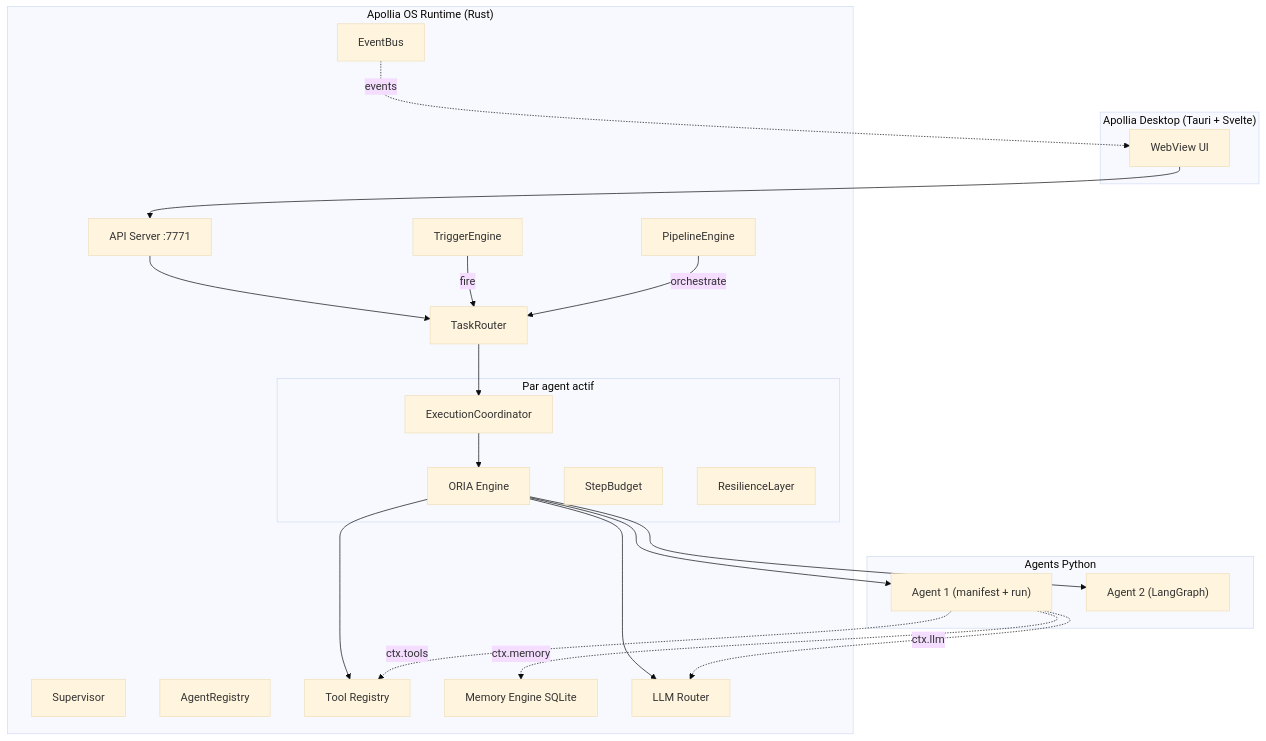
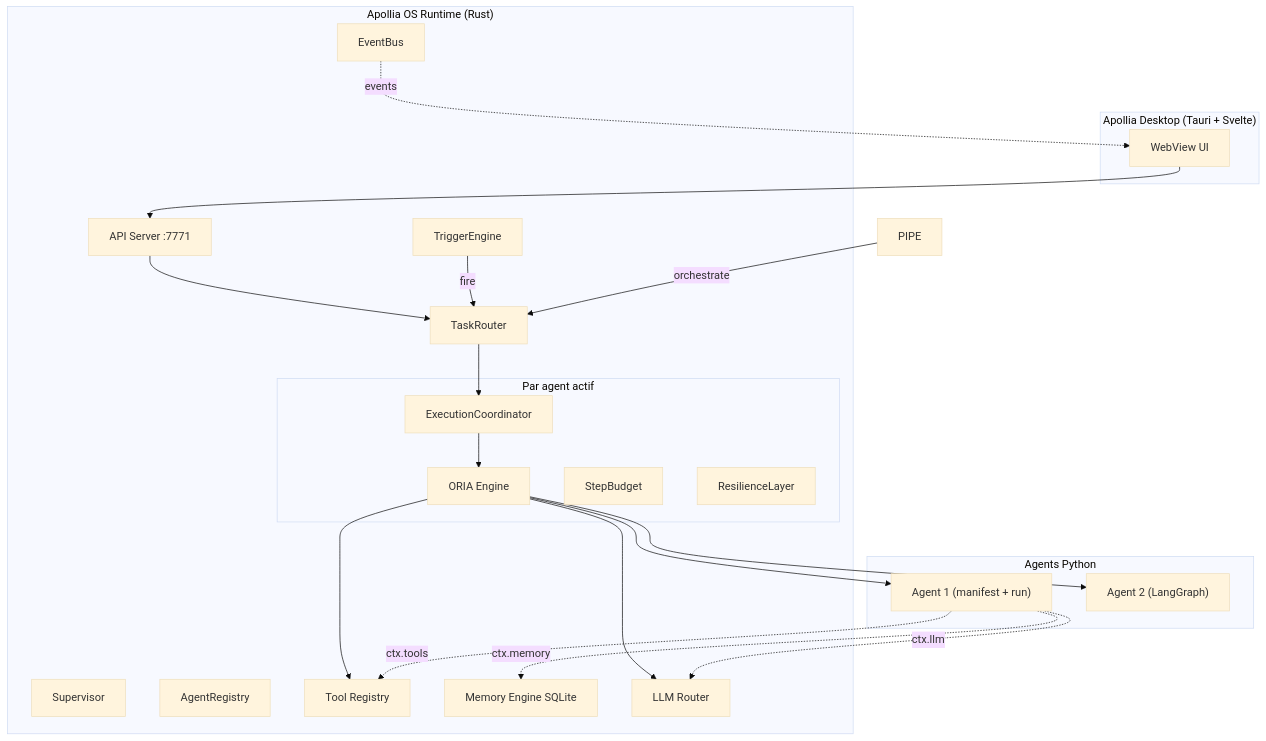
The diagram in docs/wiki/Architecture-Vue-Ensemble.md (nidal-z/apollia-os), drawn with Mermaid (base theme) before and after one commit. The commit also changed 38 other files, not shown here.

````diff
--- a/docs/wiki/Architecture-Vue-Ensemble.md
+++ b/docs/wiki/Architecture-Vue-Ensemble.md
@@ -14,47 +14,46 @@
 ```mermaid
 graph TB
     subgraph Desktop["Apollia Desktop (Tauri + Svelte)"]
         UI[WebView UI]
     end
 
     subgraph Runtime["Apollia OS Runtime (Rust)"]
         API[API Server :7771]
         SUP[Supervisor]
         EB[EventBus]
         AR[AgentRegistry]
         TR[TaskRouter]
 
         subgraph Execution["Par agent actif"]
             EC[ExecutionCoordinator]
             ORIA[ORIA Engine]
             SB[StepBudget]
             RL[ResilienceLayer]
         end
 
         TOOLS[Tool Registry]
         MEM[Memory Engine SQLite]
         LLM[LLM Router]
         TRIG[TriggerEngine]
-        PIPE[PipelineEngine]
     end
 
     subgraph Agents["Agents Python"]
         A1["Agent 1 (manifest + run)"]
         A2["Agent 2 (LangGraph)"]
     end
 
     UI --> API
     API --> TR
     TR --> EC
     EC --> ORIA
     ORIA --> A1
     ORIA --> A2
     ORIA --> TOOLS
     ORIA --> LLM
     A1 -.->|ctx.tools| TOOLS
     A1 -.->|ctx.memory| MEM
     A1 -.->|ctx.llm| LLM
     EB -.->|events| UI
     TRIG -->|fire| TR
     PIPE -->|orchestrate| TR
 ```
````
